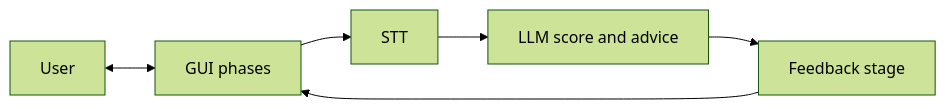
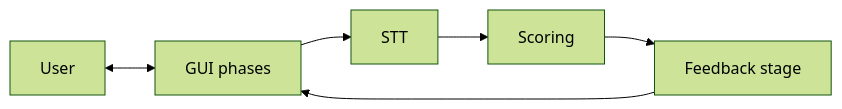
Before and after one commit to louis-li-builds/mock-interview-coach-stt-star-feedback-scoring-nlp-uts-project: the diagram in README.md, drawn with Mermaid (forest theme). The commit also changed other lines of this file and 10 other files, not shown here.

First line of the commit message:
docs: add SCORING and STT canonical specs, align guides

````diff
--- a/README.md
+++ b/README.md
@@ -16,14 +16,14 @@
 ```mermaid
 flowchart LR
   U[User]
   G[GUI phases]
   STT[STT]
-  LLM[LLM score and advice]
+  SC[Scoring]
   FB[Feedback stage]
 
   U <--> G
   G --> STT
-  STT --> LLM
-  LLM --> FB
+  STT --> SC
+  SC --> FB
   FB --> G
 ```
````
